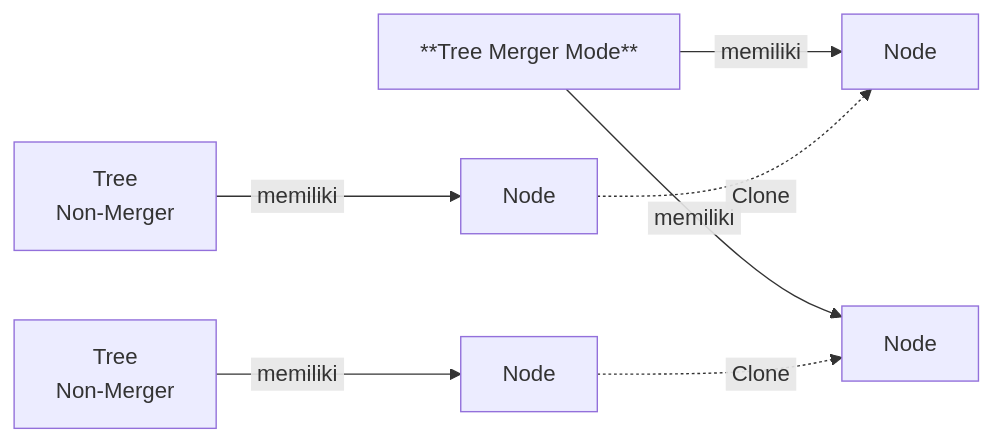
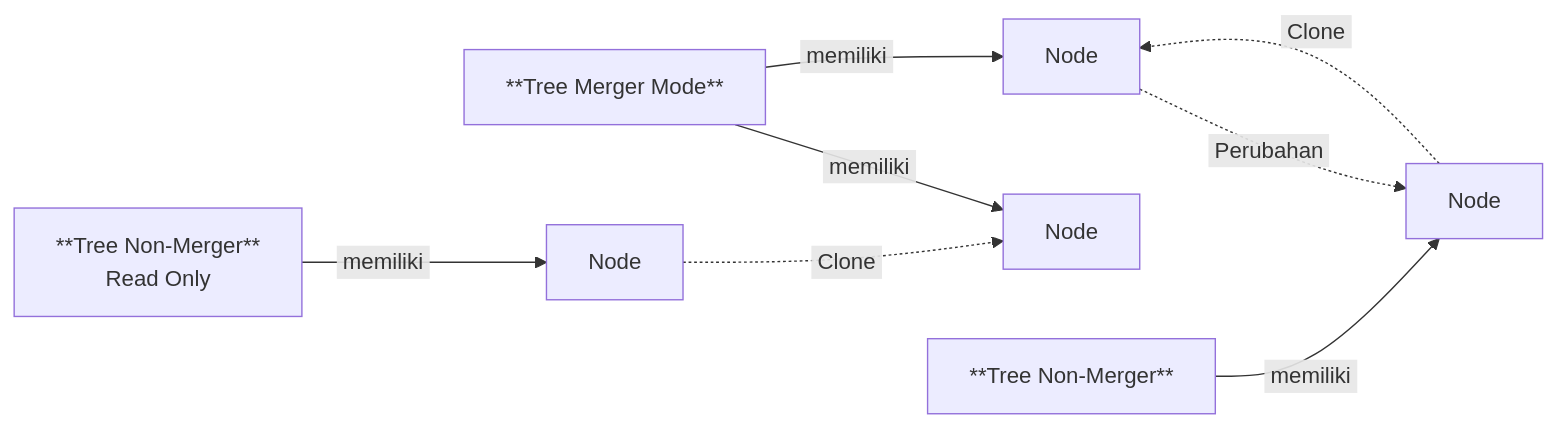
The first of 2 diagrams in Docs/Modul Data/Tree/Apa itu Tree.md (ginalne/phoenix-docs), drawn with Mermaid before and after one commit.

Commit message:
Update Docs/Modul Data/Tree/Apa itu Tree.md

````diff
--- a/Docs/Modul Data/Tree/Apa itu Tree.md
+++ b/Docs/Modul Data/Tree/Apa itu Tree.md
@@ -42,9 +42,10 @@
 ```mermaid
 flowchart LR
-    M["**Tree Merger Mode**<br>"] -->|"&nbsp;memiliki&nbsp;"| N1["Node"]
+    M["**Tree Merger Mode**"] -->|"&nbsp;memiliki&nbsp;"| N1["Node"]
     M -->|"&nbsp;memiliki&nbsp;"| N4["Node"]
     N2["Node"] -.->|"&nbsp;Clone&nbsp;"| N1
     N3["Node"] -.->|"&nbsp;Clone&nbsp;"| N4
-    A["Tree<br>Non-Merger"] -->|"&nbsp;memiliki&nbsp;"| N2
-    B["Tree<br>Non-Merger"] -->|"&nbsp;memiliki&nbsp;"| N3
+    N4["Node"] -.->|"&nbsp;Perubahan&nbsp;"| N3
+    A["**Tree Non-Merger**<br>Read Only"] -->|"&nbsp;memiliki&nbsp;"| N2
+    B["**Tree Non-Merger**<br>"] -->|"&nbsp;memiliki&nbsp;"| N3
 ```
````
